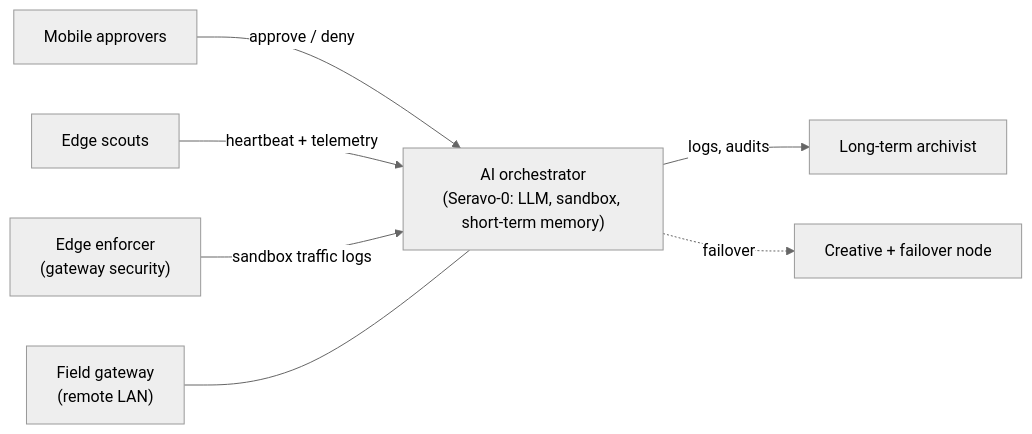
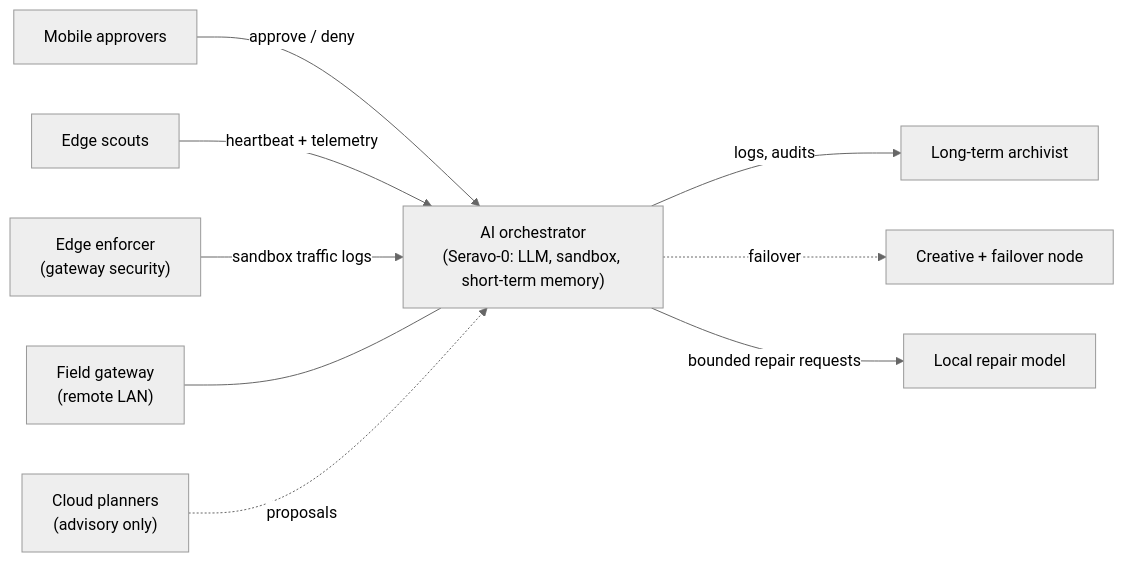
One commit to cpyeoman-crypto/project-25-26-seravo-0-sapor changed the diagram in README.md. Above: the diagram before and after it, drawn with Mermaid (neutral theme). The commit also changed other lines of this file and 5 other files, not shown here.

````diff
--- a/README.md
+++ b/README.md
@@ -41,10 +79,12 @@
 ```mermaid
 flowchart LR
     Phone["Mobile approvers"] -- approve / deny --> Brain
     Scout1["Edge scouts"] -- heartbeat + telemetry --> Brain
     Brain["AI orchestrator<br/>(Seravo-0: LLM, sandbox, short-term memory)"]
     Brain -- logs, audits --> Vault["Long-term archivist"]
     Enforcer["Edge enforcer<br/>(gateway security)"] -- sandbox traffic logs --> Brain
     Brain -. failover .-> Creative["Creative + failover node"]
     Field["Field gateway<br/>(remote LAN)"] --- Brain
+    Planners["Cloud planners<br/>(advisory only)"] -. proposals .-> Brain
+    Brain -- bounded repair requests --> Hands["Local repair model"]
 ```
````
